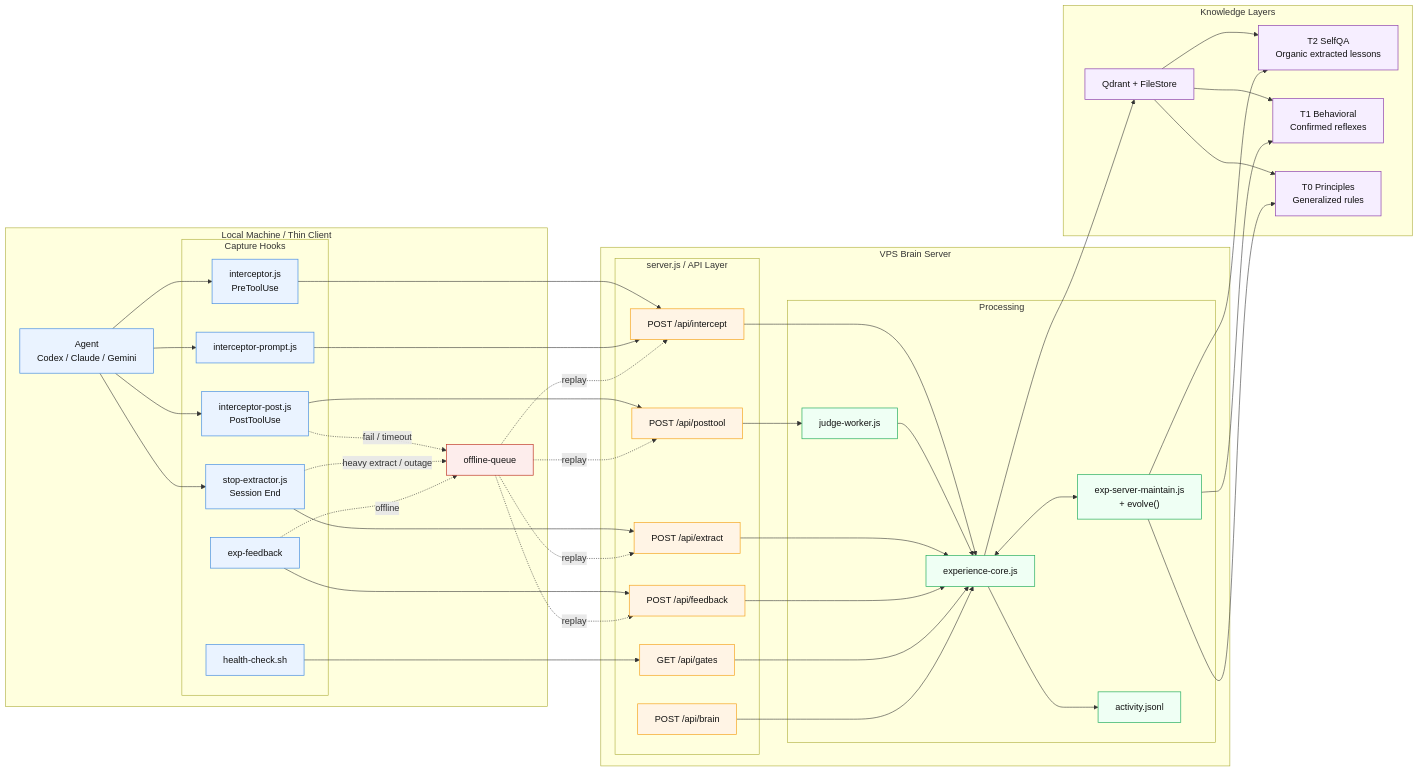
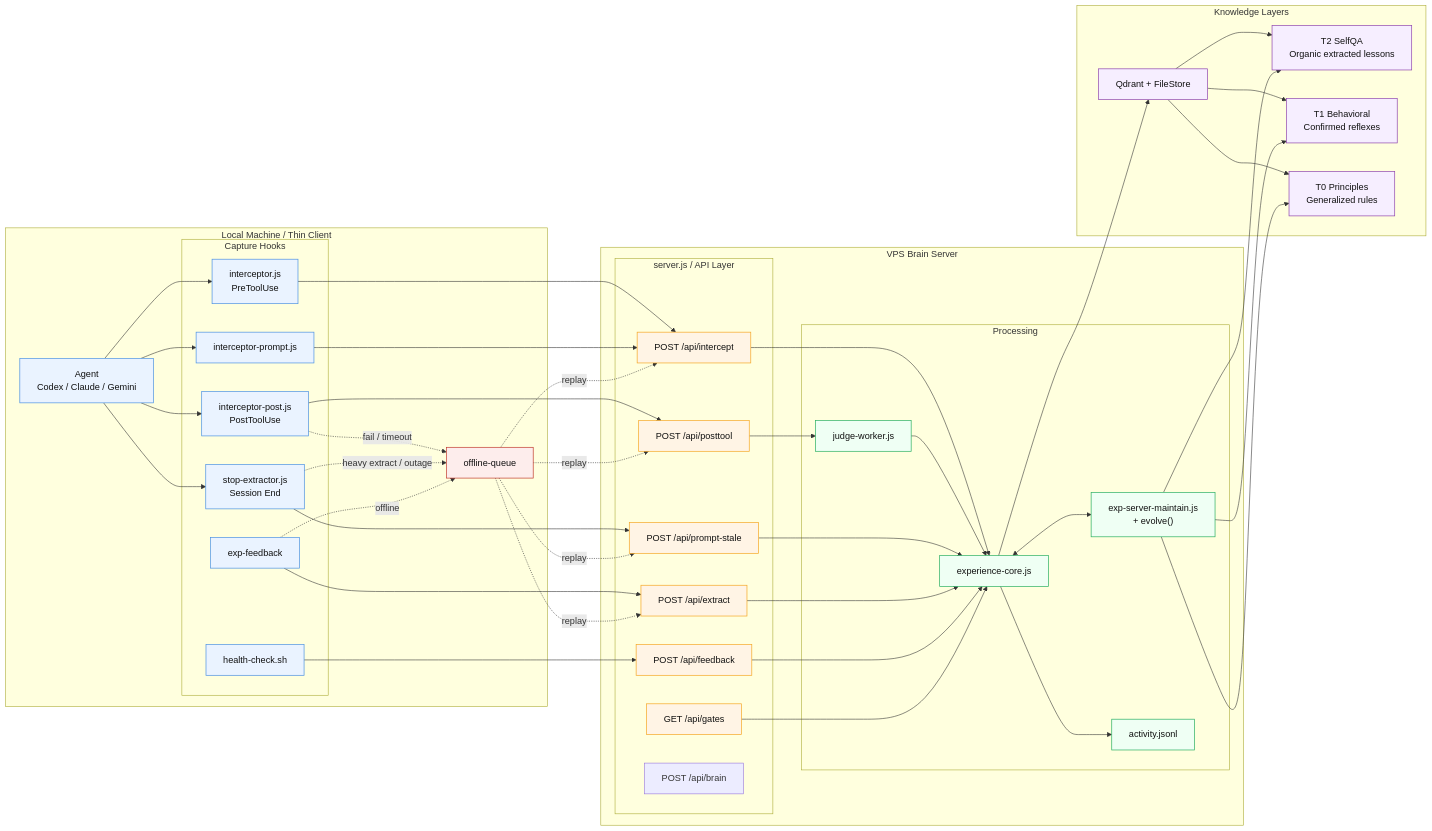
Before and after one commit to muonroi/experience-engine: the diagram in README.md, drawn with Mermaid. The commit also changed other lines of this file and 7 other files, not shown here.

Commit message:
Improve prompt suggestion feedback loop

```diff
--- a/README.md
+++ b/README.md
@@ -576,10 +576,11 @@
     subgraph API["server.js / API Layer"]
         I1["POST /api/intercept"]
         I2["POST /api/posttool"]
-        I3["POST /api/extract"]
-        I4["POST /api/feedback"]
-        I5["GET /api/gates"]
-        I6["POST /api/brain"]
+        I3["POST /api/prompt-stale"]
+        I4["POST /api/extract"]
+        I5["POST /api/feedback"]
+        I6["GET /api/gates"]
+        I7["POST /api/brain"]
     end
 
     subgraph CORE_LAYER["Processing"]
```
